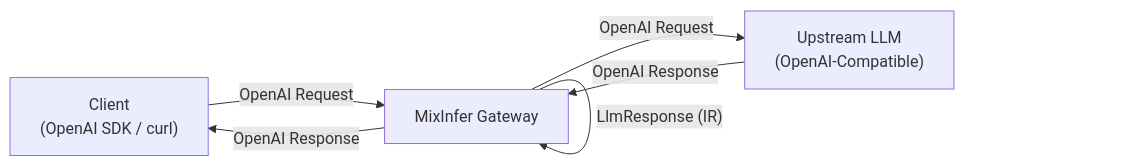
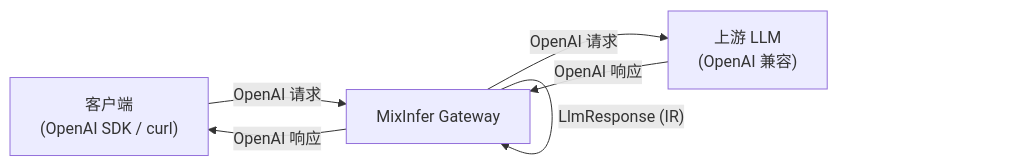
The diagram in docs/architecture.md (RezerOfgit/mixinfer), drawn with Mermaid before and after one commit. The commit also changed other lines of this file and 4 other files, not shown here.

````diff
--- a/docs/architecture.md
+++ b/docs/architecture.md
@@ -21,13 +22,13 @@
 ```mermaid
 flowchart LR
-    Client["Client<br/>(OpenAI SDK / curl)"]
+    Client["客户端<br/>(OpenAI SDK / curl)"]
     Gateway["MixInfer Gateway"]
-    Upstream["Upstream LLM<br/>(OpenAI-Compatible)"]
+    Upstream["上游 LLM<br/>(OpenAI 兼容)"]
 
-    Client -->|"OpenAI Request"| Gateway
+    Client -->|"OpenAI 请求"| Gateway
     Gateway -->|"LlmRequest (IR)"| Gateway
-    Gateway -->|"OpenAI Request"| Upstream
-    Upstream -->|"OpenAI Response"| Gateway
+    Gateway -->|"OpenAI 请求"| Upstream
+    Upstream -->|"OpenAI 响应"| Gateway
     Gateway -->|"LlmResponse (IR)"| Gateway
-    Gateway -->|"OpenAI Response"| Client
+    Gateway -->|"OpenAI 响应"| Client
 ```
````
